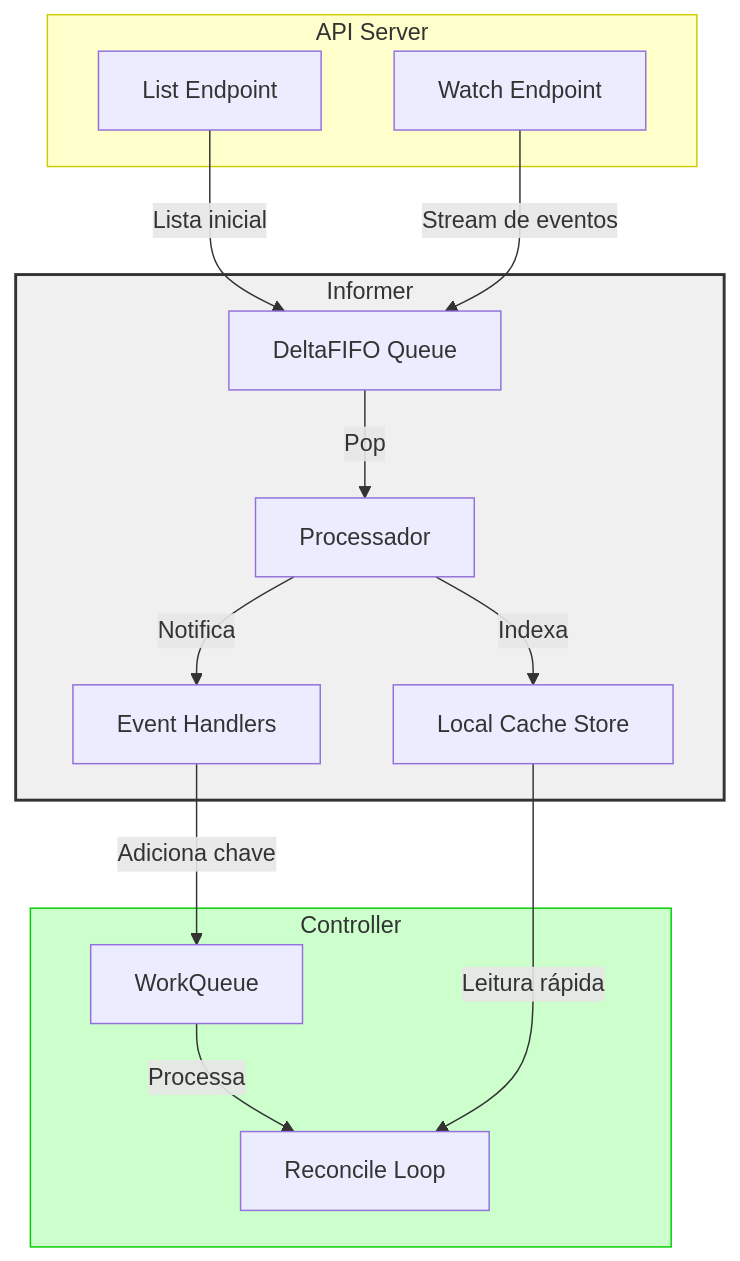
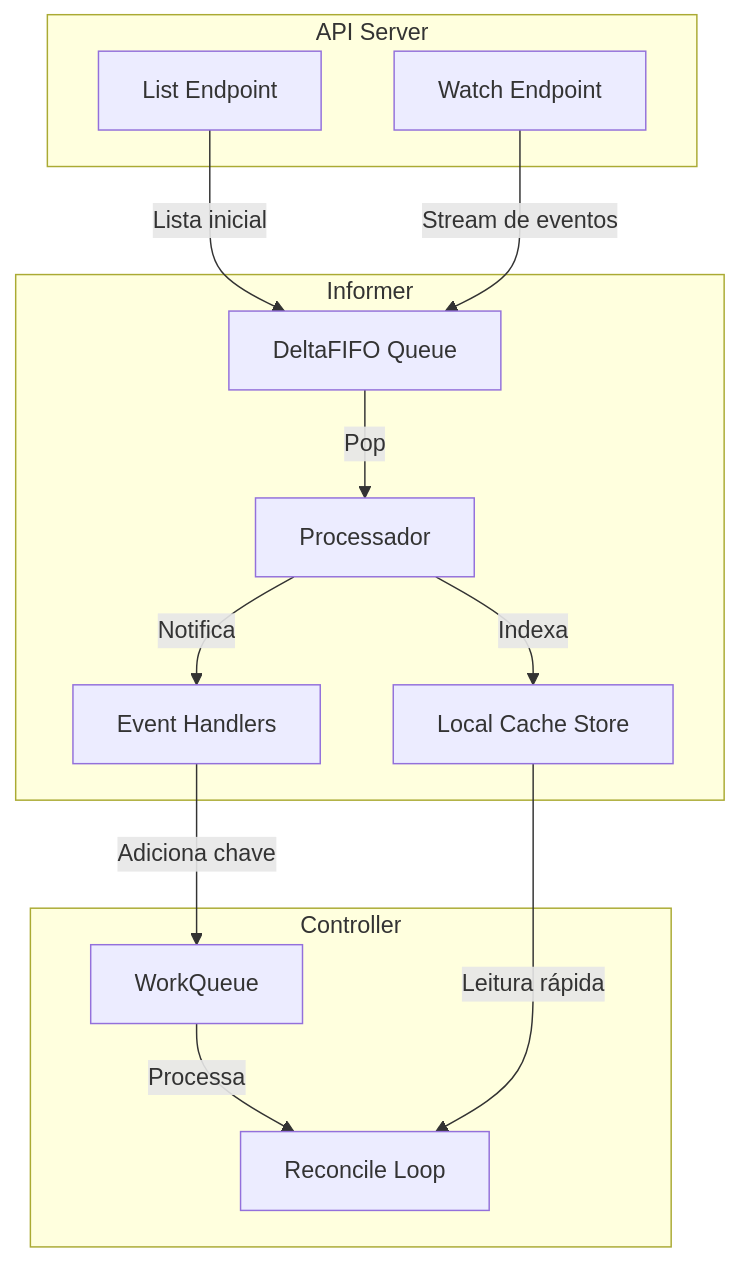
Before and after one commit to cloud104/tcloud-devops-k8s-operators-training: the first of 4 diagrams in docs/extras/kubernetes-informers.md, drawn with Mermaid. The commit also changed other lines of this file and 6 other files, not shown here.

First line of the commit message:
docs: revisa material teorico, corrige APIs e melhora diagramas

````diff
--- a/docs/extras/kubernetes-informers.md
+++ b/docs/extras/kubernetes-informers.md
@@ -9,34 +8,30 @@
 ```mermaid
 flowchart TD
     subgraph API ["API Server"]
         WATCH["Watch Endpoint"]
         LIST["List Endpoint"]
     end
     
     subgraph INFORMER ["Informer"]
         DELTA["DeltaFIFO Queue"]
         CACHE["Local Cache Store"]
         PROC["Processador"]
         
         DELTA -->|"Pop"| PROC
         PROC -->|"Indexa"| CACHE
         PROC -->|"Notifica"| HAND
     end
     
     subgraph CONSUMER ["Controller"]
         HAND["Event Handlers"]
         WORK["WorkQueue"]
         RECON["Reconcile Loop"]
         
         HAND -->|"Adiciona chave"| WORK
         WORK -->|"Processa"| RECON
     end
     
     LIST -->|"Lista inicial"| DELTA
     WATCH -->|"Stream de eventos"| DELTA
     CACHE -->|"Leitura rápida"| RECON
-    
-    style API fill:#ffffcc,stroke:#cccc00
-    style INFORMER fill:#f0f0f0,stroke:#333,stroke-width:2px
-    style CONSUMER fill:#ccffcc,stroke:#00cc00
 ```
````
